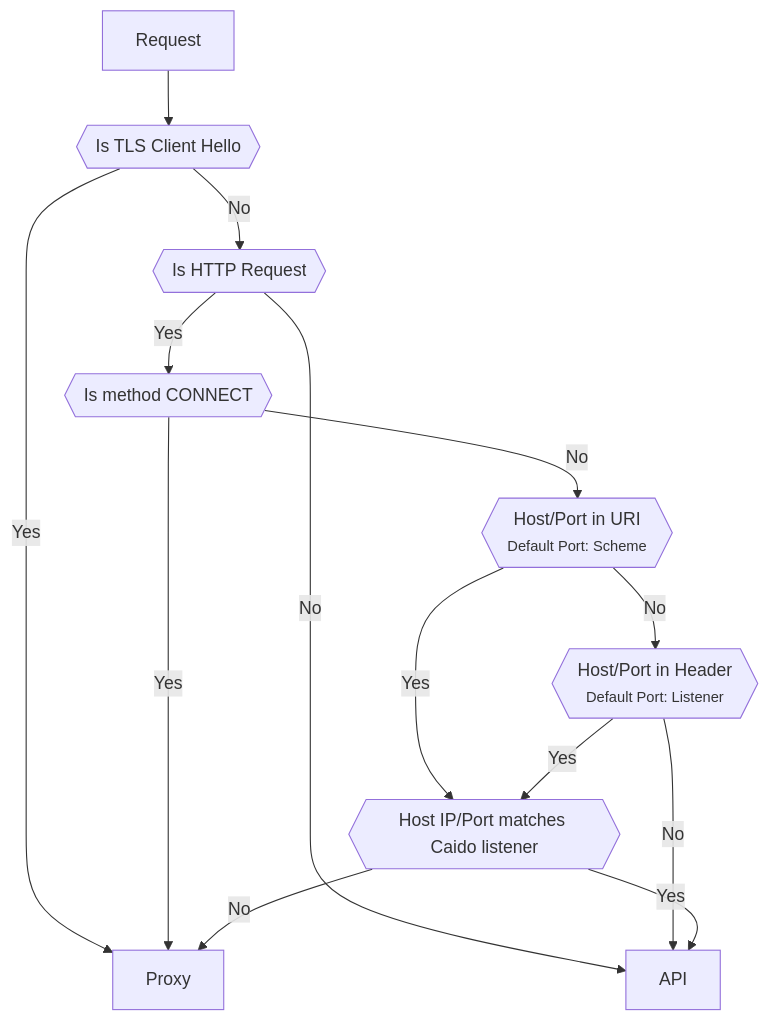
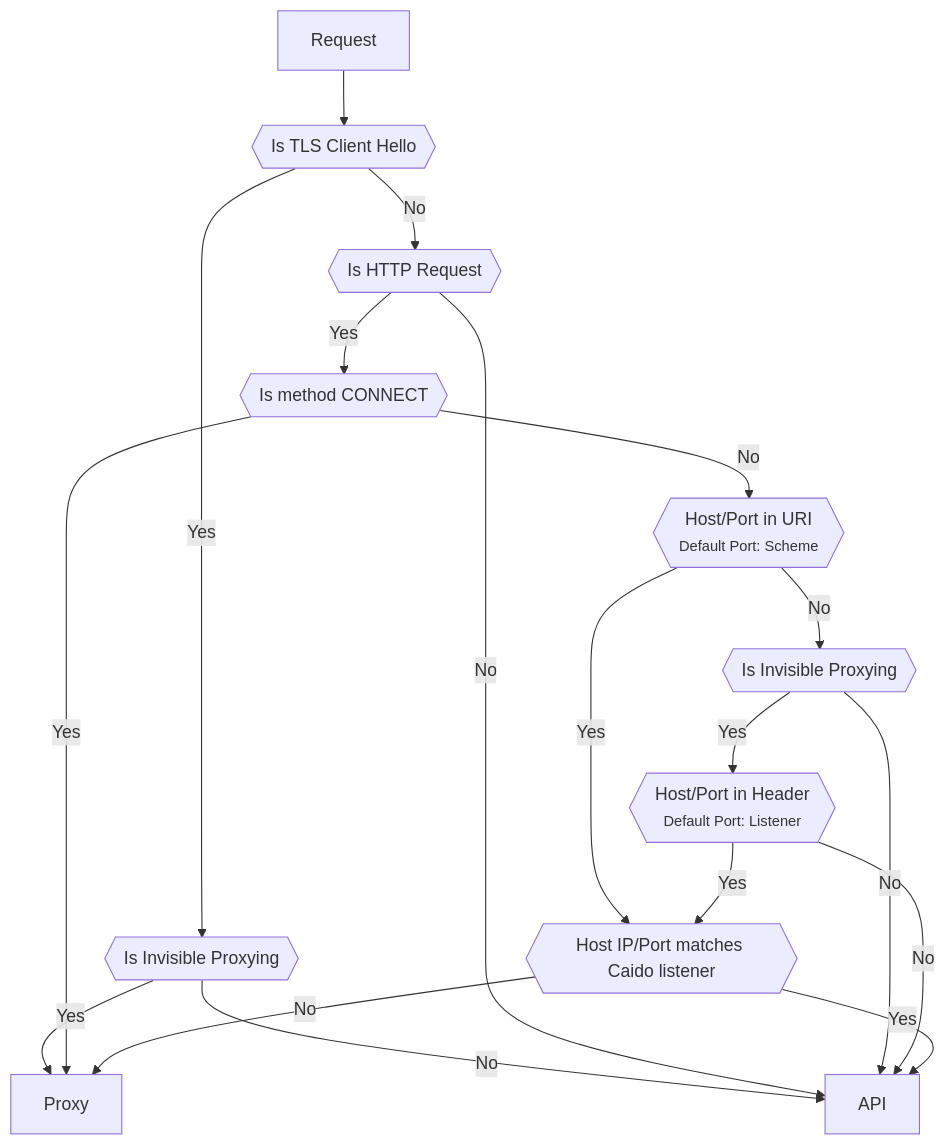
One commit to caido/documentation changed the first of 2 diagrams in src/concepts/proxying/traffic_splitting.md. Above: the diagram before and after it, drawn with Mermaid. The commit also changed other lines of this file and 5 other files, not shown here.

````diff
--- a/src/concepts/proxying/traffic_splitting.md
+++ b/src/concepts/proxying/traffic_splitting.md
@@ -14,16 +14,20 @@
 ```mermaid
 flowchart TD
   Request --> TLS{{Is TLS Client Hello}}
-  TLS --Yes --> Proxy
+  TLS --Yes --> InvisibleTLS{{Is Invisible Proxying}}
   TLS --No --> HTTP{{Is HTTP Request}}
+  InvisibleTLS --Yes --> Proxy
+  InvisibleTLS --No --> API
   HTTP --No --> API
   HTTP --Yes --> Connect{{Is method CONNECT}}
   Connect --Yes --> Proxy
   Connect --No --> Tunnel{{Host/Port in URI<br><small>Default Port: Scheme</small>}}
   Tunnel --Yes --> DNS{{Host IP/Port matches Caido listener}}
-  Tunnel --No --> Invisible{{Host/Port in Header<br><small>Default Port: Listener</small>}}
+  Tunnel --No --> InvisibleHttp{{Is Invisible Proxying}}
+  InvisibleHttp --No --> API
+  InvisibleHttp --Yes --> Invisible{{Host/Port in Header<br><small>Default Port: Listener</small>}}
   Invisible --No --> API
   Invisible --Yes --> DNS
   DNS --Yes --> API
   DNS --No --> Proxy
 ```
````
